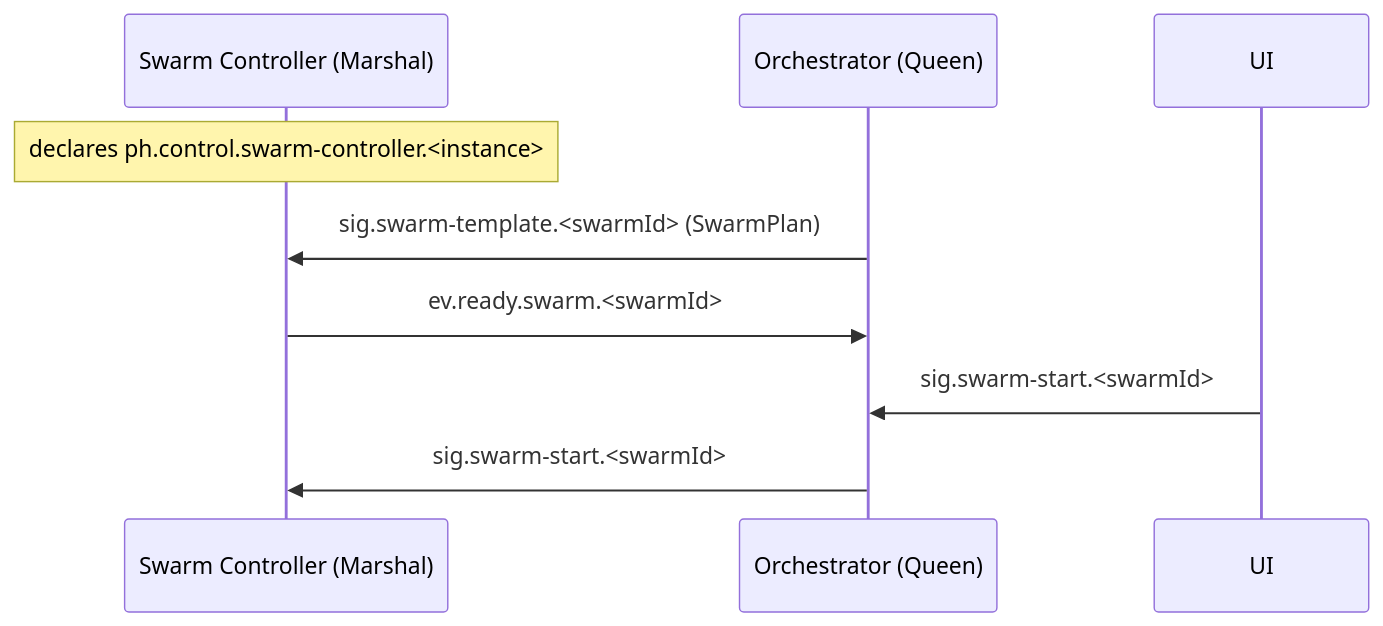
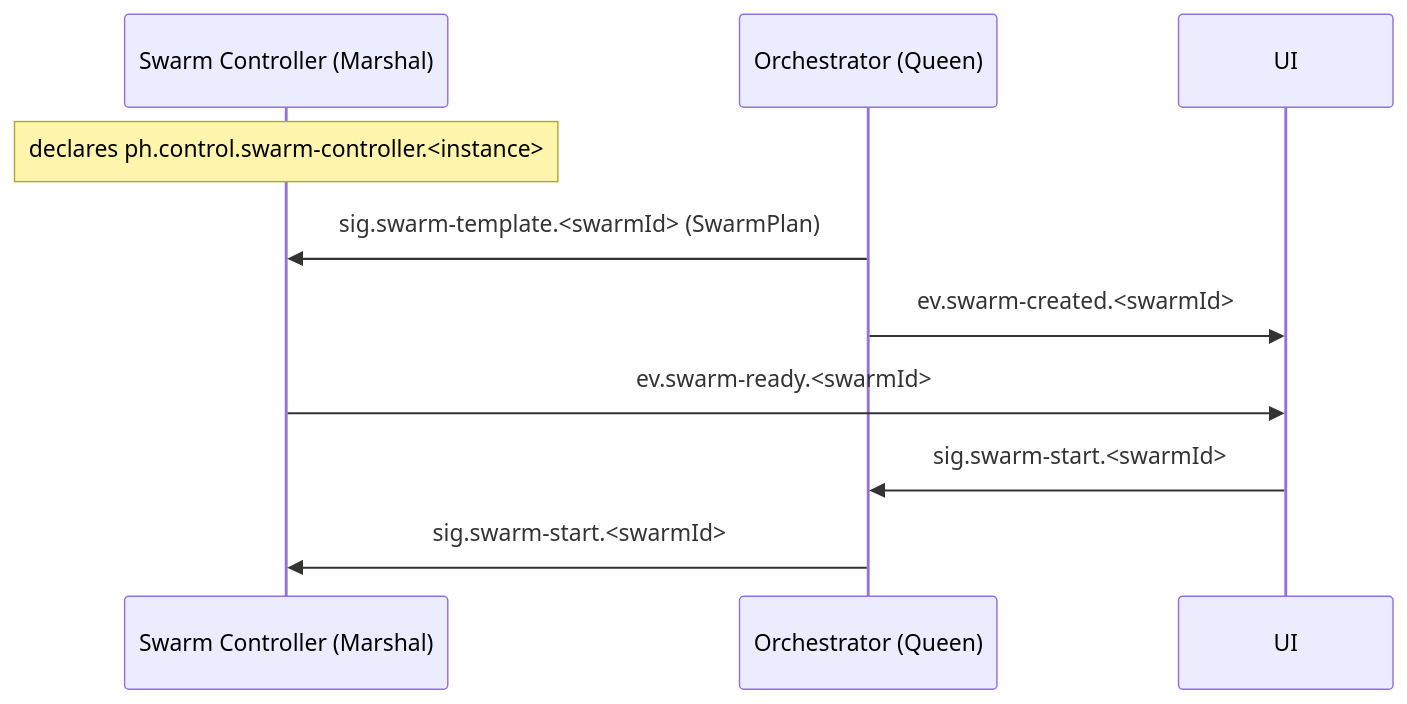
One commit to sepa79/PocketHive changed the sixth of 8 diagrams in docs/ARCHITECTURE.md. Above: the diagram before and after it, drawn with Mermaid. The commit also changed other lines of this file and 4 other files, not shown here.

Commit message:
docs: document swarm created and ready events

````diff
--- a/docs/ARCHITECTURE.md
+++ b/docs/ARCHITECTURE.md
@@ -134,12 +136,13 @@
 ```mermaid
 sequenceDiagram
   participant MSH as Swarm Controller (Marshal)
   participant QN as Orchestrator (Queen)
 
   Note over MSH: declares ph.control.swarm-controller.<instance>
   QN->>MSH: sig.swarm-template.<swarmId> (SwarmPlan)
-  MSH->>QN: ev.ready.swarm.<swarmId>
+  QN->>UI: ev.swarm-created.<swarmId>
+  MSH->>UI: ev.swarm-ready.<swarmId>
   UI->>QN: sig.swarm-start.<swarmId>
   QN->>MSH: sig.swarm-start.<swarmId>
 
 ```
````
